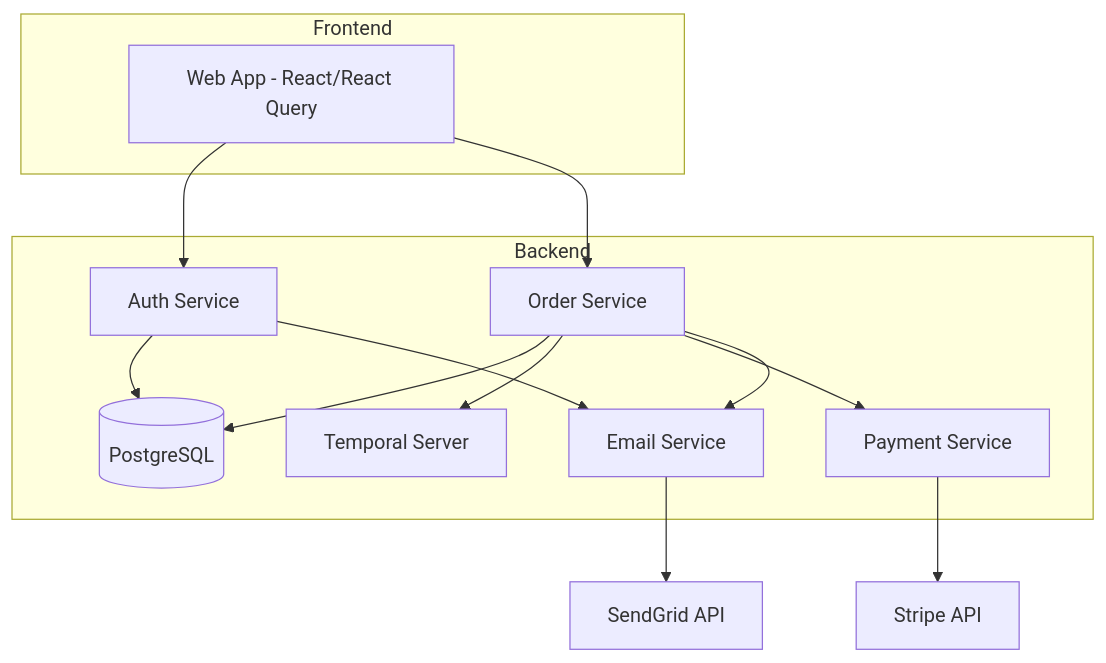
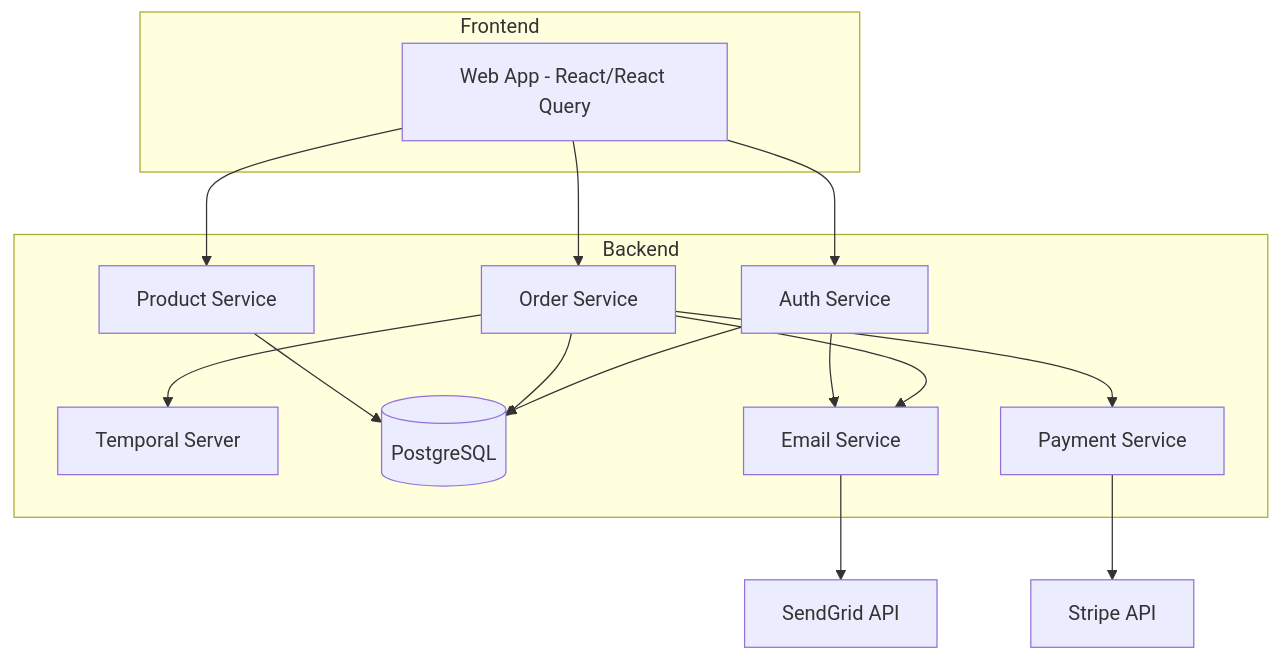
Before and after one commit to proyecto26/ProjectX: the first of 5 diagrams in docs/architecture/README.md, drawn with Mermaid. The commit also changed other lines of this file and 34 other files, not shown here.

````diff
--- a/docs/architecture/README.md
+++ b/docs/architecture/README.md
@@ -7,26 +7,29 @@
 ```mermaid
 graph TB
     subgraph Frontend
         Web[Web App - React/React Query]
     end
 
     subgraph Backend
         Auth[Auth Service]
         Order[Order Service]
+        Product[Product Service]
         Temporal[Temporal Server]
         DB[(PostgreSQL)]
         Email[Email Service]
         Payment[Payment Service]
     end
 
     Web --> Auth
     Web --> Order
+    Web --> Product
     Auth --> DB
     Order --> DB
+    Product --> DB
     Order --> Temporal
     Order --> Payment
     Order --> Email
     Auth --> Email
     Payment --> Stripe[Stripe API]
     Email --> SendGrid[SendGrid API]
 ```
````
